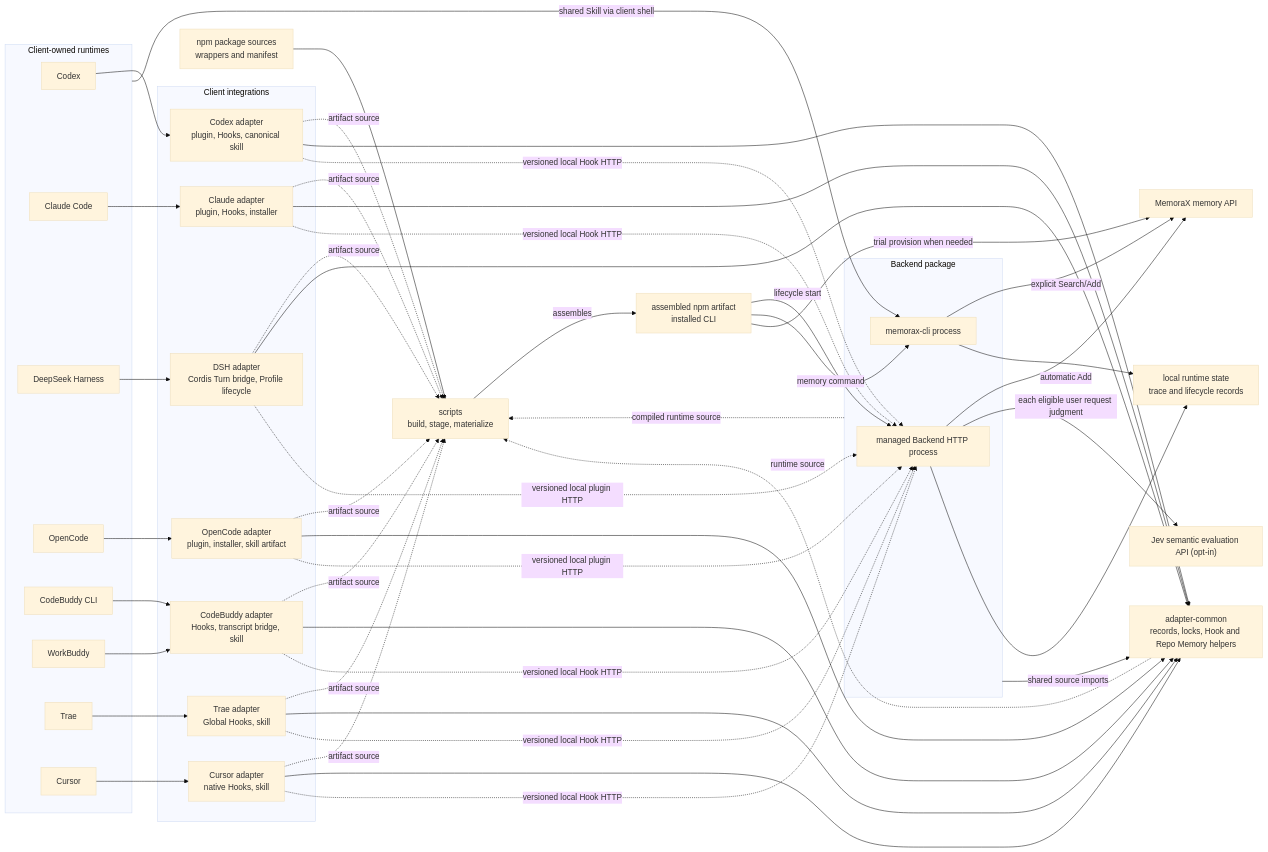
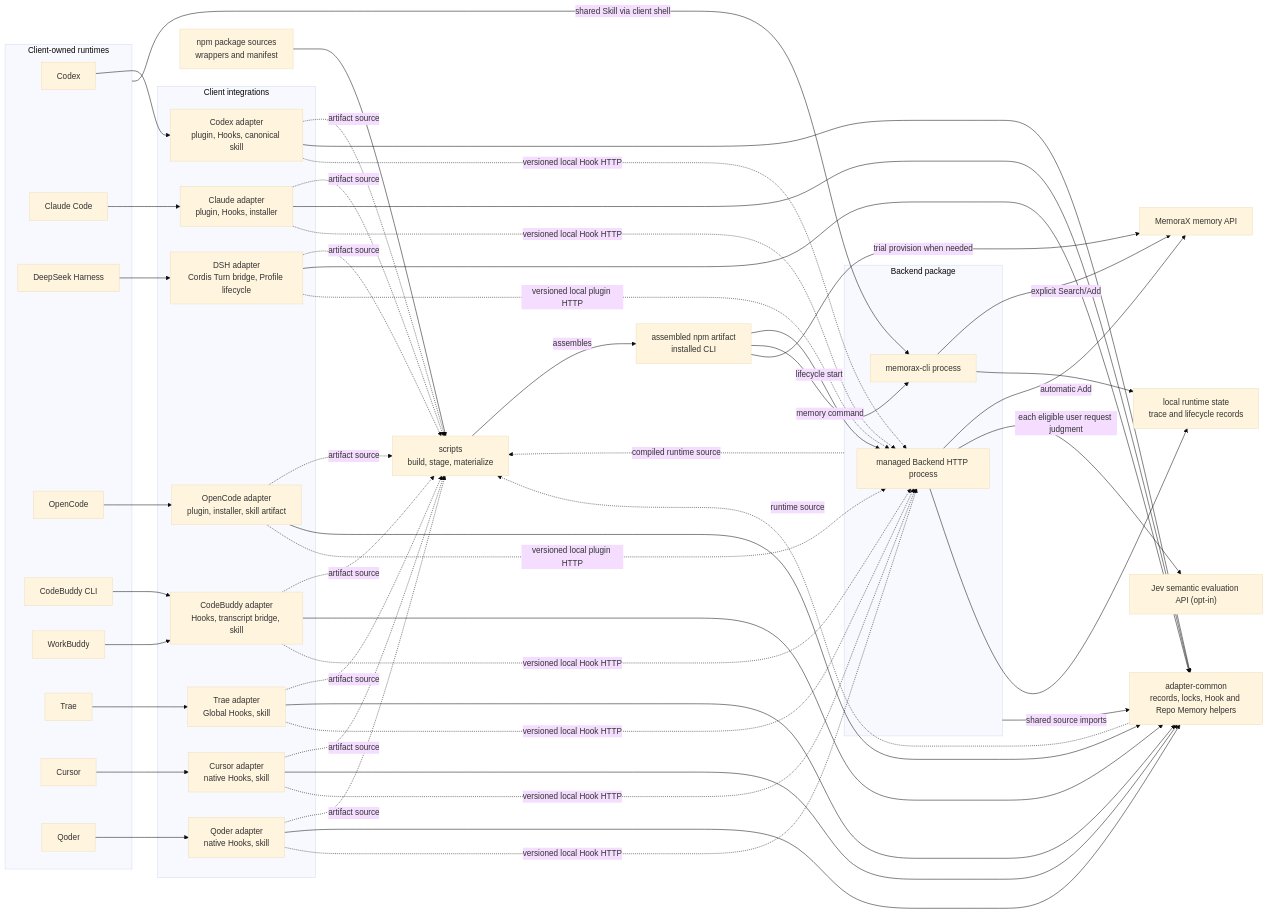
One commit to SimonEskildse/memorax-code changed the first of 7 diagrams in ARCHITECTURE.md. Above: the diagram before and after it, drawn with Mermaid (base theme). The commit also changed other lines of this file and 101 other files, not shown here.

First line of the commit message:
feat:(qoder) add native memory and repo memory integration

```diff
--- a/ARCHITECTURE.md
+++ b/ARCHITECTURE.md
@@ -52,6 +52,7 @@
     WorkBuddy["WorkBuddy"]
     Trae["Trae"]
     Cursor["Cursor"]
+    Qoder["Qoder"]
   end
 
   subgraph Adapters["Client integrations"]
@@ -62,6 +63,7 @@
     CodeBuddyAdapter["CodeBuddy adapter<br/>Hooks, transcript bridge, skill"]
     TraeAdapter["Trae adapter<br/>Global Hooks, skill"]
     CursorAdapter["Cursor adapter<br/>native Hooks, skill"]
+    QoderAdapter["Qoder adapter<br/>native Hooks, skill"]
   end
 
   Common["adapter-common<br/>records, locks, Hook and Repo Memory helpers"]
@@ -86,6 +88,7 @@
   CodeBuddyAdapter -. "artifact source" .-> Build
   TraeAdapter -. "artifact source" .-> Build
   CursorAdapter -. "artifact source" .-> Build
+  QoderAdapter -. "artifact source" .-> Build
   Build -->|"assembles"| Artifact
   Artifact -->|"lifecycle start"| Service
   Artifact -->|"memory command"| MemoryCLI
@@ -99,6 +102,7 @@
   CodeBuddyAdapter --> Common
   TraeAdapter --> Common
   CursorAdapter --> Common
+  QoderAdapter --> Common
 
   Codex --> CodexAdapter
   Claude --> ClaudeAdapter
@@ -108,6 +112,7 @@
   WorkBuddy --> CodeBuddyAdapter
   Trae --> TraeAdapter
   Cursor --> CursorAdapter
+  Qoder --> QoderAdapter
   CodexAdapter -. "versioned local Hook HTTP" .-> Service
   ClaudeAdapter -. "versioned local Hook HTTP" .-> Service
   DshAdapter -. "versioned local plugin HTTP" .-> Service
@@ -115,6 +120,7 @@
   CodeBuddyAdapter -. "versioned local Hook HTTP" .-> Service
   TraeAdapter -. "versioned local Hook HTTP" .-> Service
   CursorAdapter -. "versioned local Hook HTTP" .-> Service
+  QoderAdapter -. "versioned local Hook HTTP" .-> Service
 
   Clients -->|"shared Skill via client shell"| MemoryCLI
   Service -->|"automatic Add"| MemoraX
```
